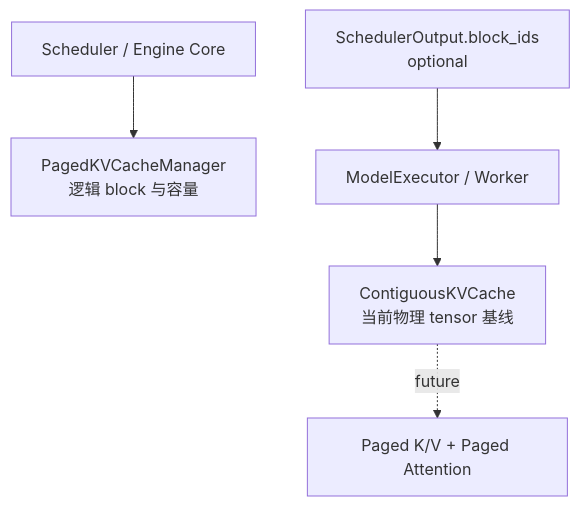
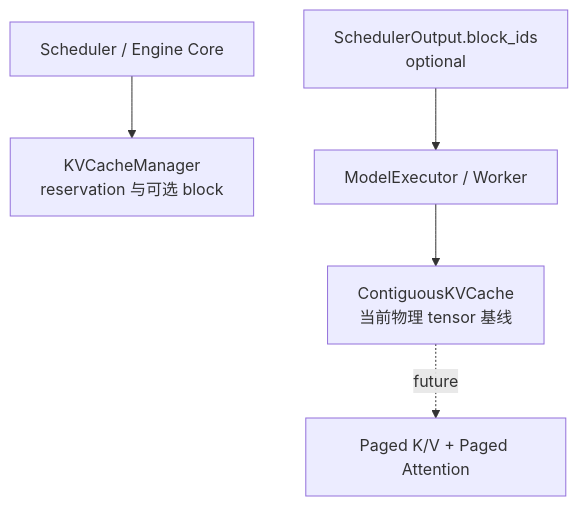
The second of 3 diagrams in docs/architecture.md (poorpaper/light-vllm), drawn with Mermaid before and after one commit. The commit also changed other lines of this file and 7 other files, not shown here.

````diff
--- a/docs/architecture.md
+++ b/docs/architecture.md
@@ -121,7 +122,7 @@
 ```mermaid
 flowchart TB
-    Scheduler["Scheduler / Engine Core"] --> Logical["PagedKVCacheManager<br/>逻辑 block 与容量"]
+    Scheduler["Scheduler / Engine Core"] --> Logical["KVCacheManager<br/>reservation 与可选 block"]
     Output["SchedulerOutput.block_ids<br/>optional"] --> Executor["ModelExecutor / Worker"]
     Executor --> Physical["ContiguousKVCache<br/>当前物理 tensor 基线"]
     Physical -.future.-> Paged["Paged K/V + Paged Attention"]
 ```
````
